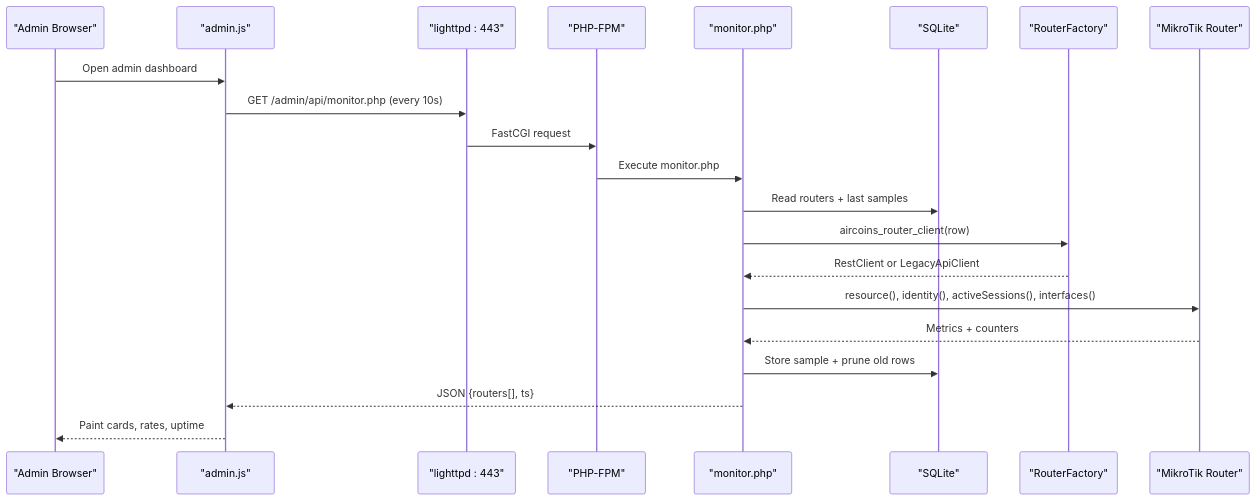
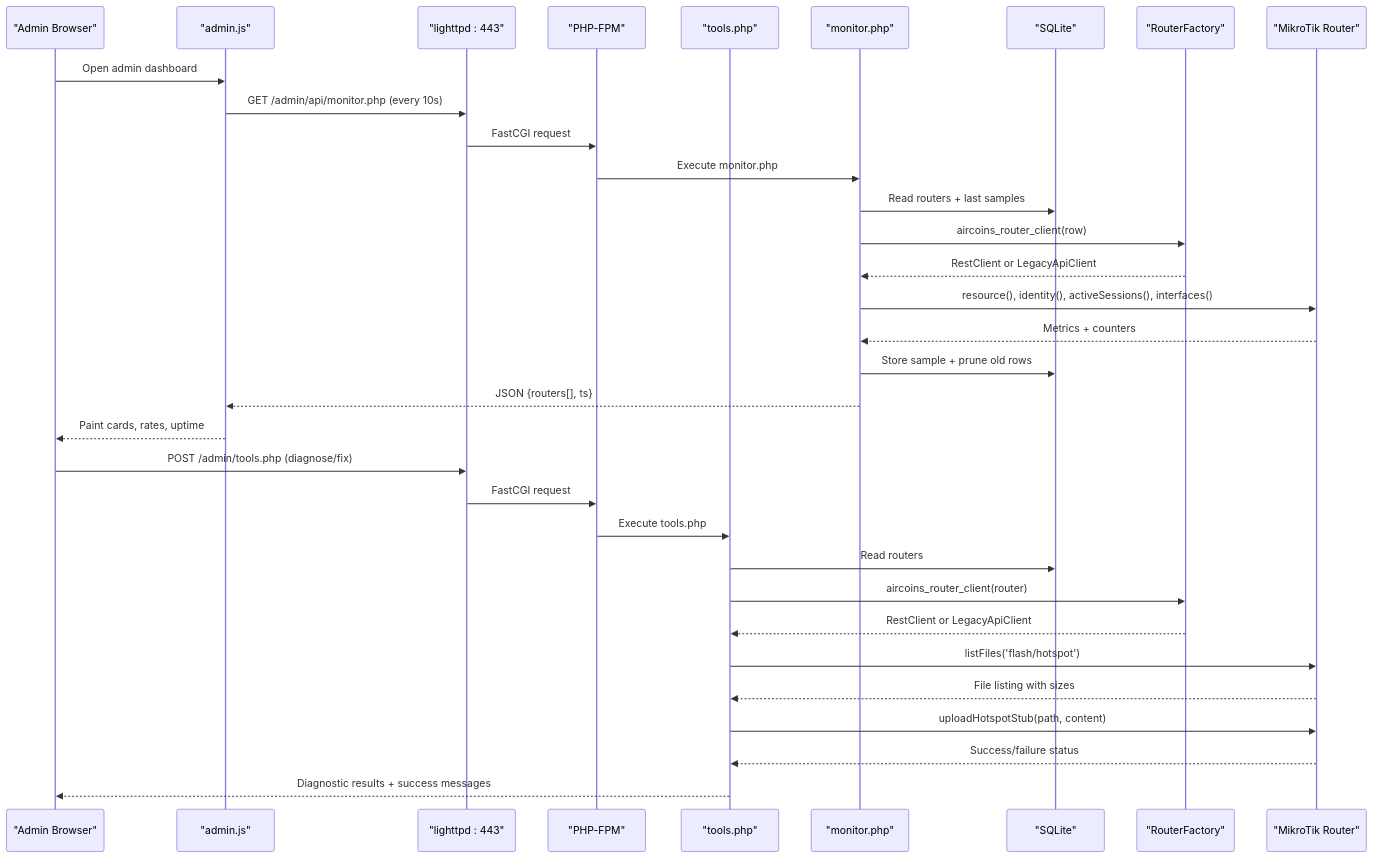
The second of 8 diagrams in .qoder/repowiki/en/content/Troubleshooting & Maintenance/Diagnostic Tools & Techniques.md (Djnirds1984/MT-CONTROLLER-PISOWIFI), drawn with Mermaid before and after one commit. The commit also changed other lines of this file and 45 other files, not shown here.

````diff
--- a/.qoder/repowiki/en/content/Troubleshooting & Maintenance/Diagnostic Tools & Techniques.md
+++ b/.qoder/repowiki/en/content/Troubleshooting & Maintenance/Diagnostic Tools & Techniques.md
@@ -97,23 +117,35 @@
 ```mermaid
 sequenceDiagram
 participant Browser as "Admin Browser"
 participant JS as "admin.js"
 participant Lighty as "lighttpd : 443"
 participant FPM as "PHP-FPM"
+participant Tools as "tools.php"
 participant Monitor as "monitor.php"
 participant DB as "SQLite"
 participant Factory as "RouterFactory"
 participant Router as "MikroTik Router"
 Browser->>JS : Open admin dashboard
 JS->>Lighty : GET /admin/api/monitor.php (every 10s)
 Lighty->>FPM : FastCGI request
 FPM->>Monitor : Execute monitor.php
 Monitor->>DB : Read routers + last samples
 Monitor->>Factory : aircoins_router_client(row)
 Factory-->>Monitor : RestClient or LegacyApiClient
 Monitor->>Router : resource(), identity(), activeSessions(), interfaces()
 Router-->>Monitor : Metrics + counters
 Monitor->>DB : Store sample + prune old rows
 Monitor-->>JS : JSON {routers[], ts}
 JS-->>Browser : Paint cards, rates, uptime
+Browser->>Lighty : POST /admin/tools.php (diagnose/fix)
+Lighty->>FPM : FastCGI request
+FPM->>Tools : Execute tools.php
+Tools->>DB : Read routers
+Tools->>Factory : aircoins_router_client(router)
+Factory-->>Tools : RestClient or LegacyApiClient
+Tools->>Router : listFiles('flash/hotspot')
+Router-->>Tools : File listing with sizes
+Tools->>Router : uploadHotspotStub(path, content)
+Router-->>Tools : Success/failure status
+Tools-->>Browser : Diagnostic results + success messages
 ```
````
